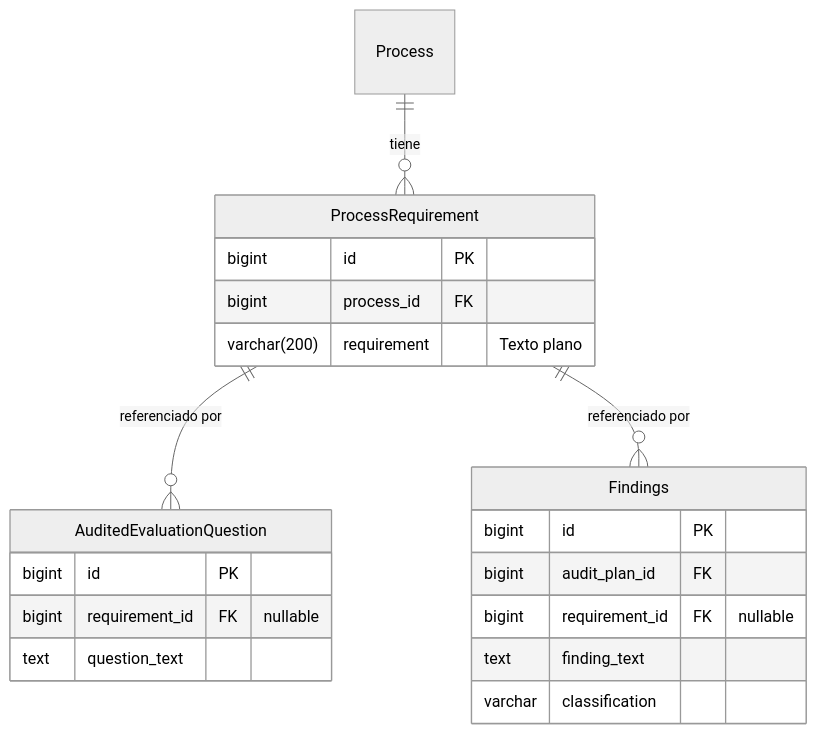
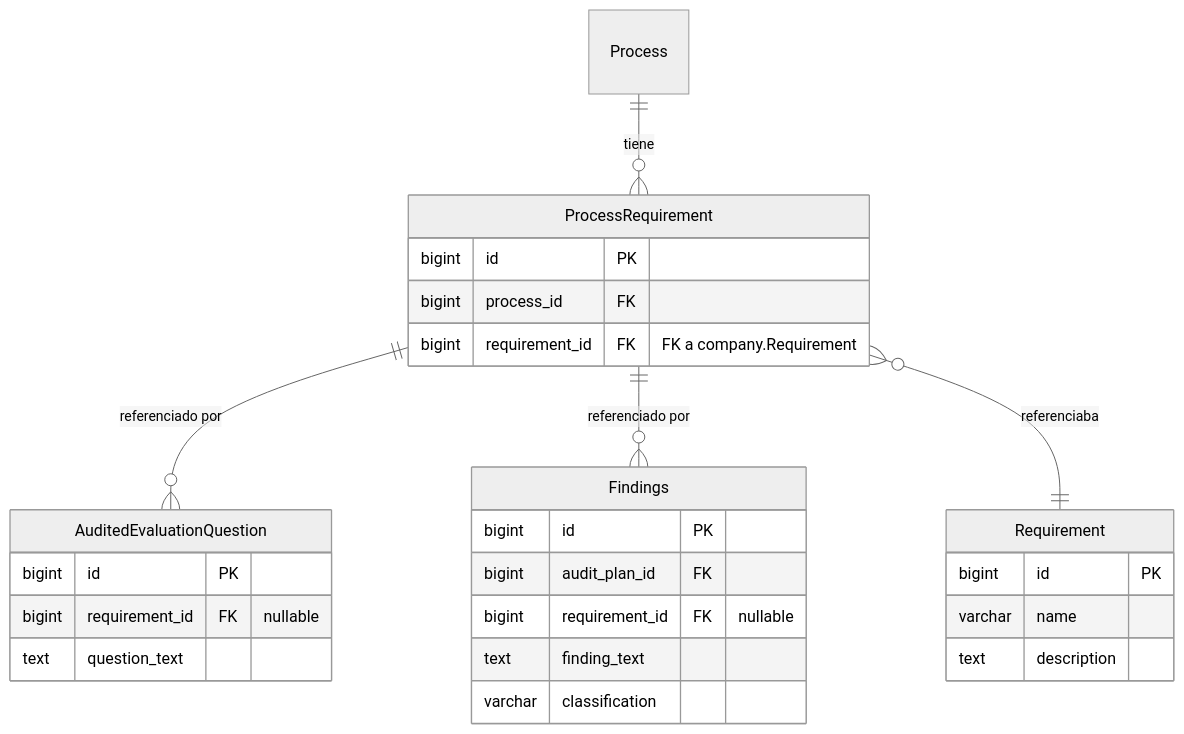
The first of 2 diagrams in docs/processrequirement_refactor.md (imas-projects/normai), drawn with Mermaid (neutral theme) before and after one commit. The commit also changed other lines of this file, not shown here.

````diff
--- a/docs/processrequirement_refactor.md
+++ b/docs/processrequirement_refactor.md
@@ -67,26 +67,33 @@
 ```mermaid
 erDiagram
     Process ||--o{ ProcessRequirement : "tiene"
     ProcessRequirement ||--o{ AuditedEvaluationQuestion : "referenciado por"
     ProcessRequirement ||--o{ Findings : "referenciado por"
+    ProcessRequirement }o--|| Requirement : "referenciaba"
+
+    Requirement {
+    bigint id PK
+    varchar name
+    text description
+    }
 
     ProcessRequirement {
         bigint id PK
         bigint process_id FK
-        varchar(200) requirement "Texto plano"
+        bigint requirement_id FK "FK a company.Requirement"
     }
 
     AuditedEvaluationQuestion {
         bigint id PK
         bigint requirement_id FK "nullable"
         text question_text
     }
 
     Findings {
         bigint id PK
         bigint audit_plan_id FK
         bigint requirement_id FK "nullable"
         text finding_text
         varchar classification
     }
 ```
````
